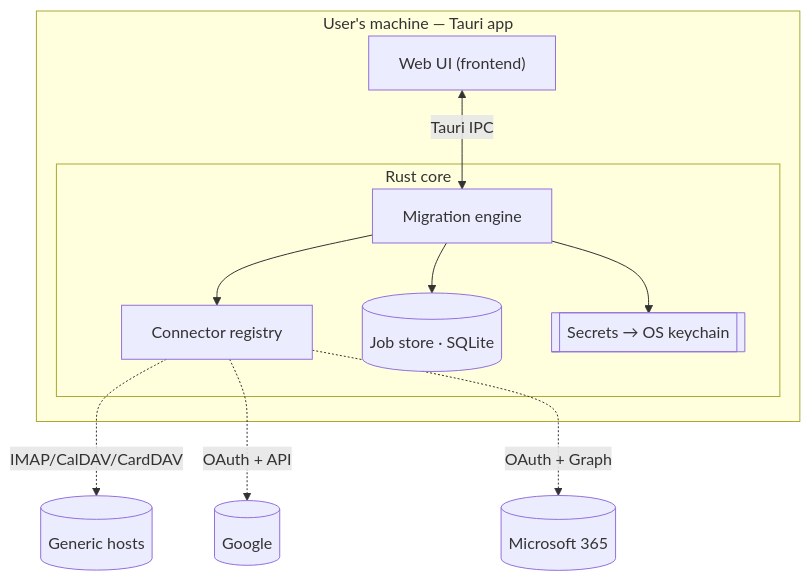
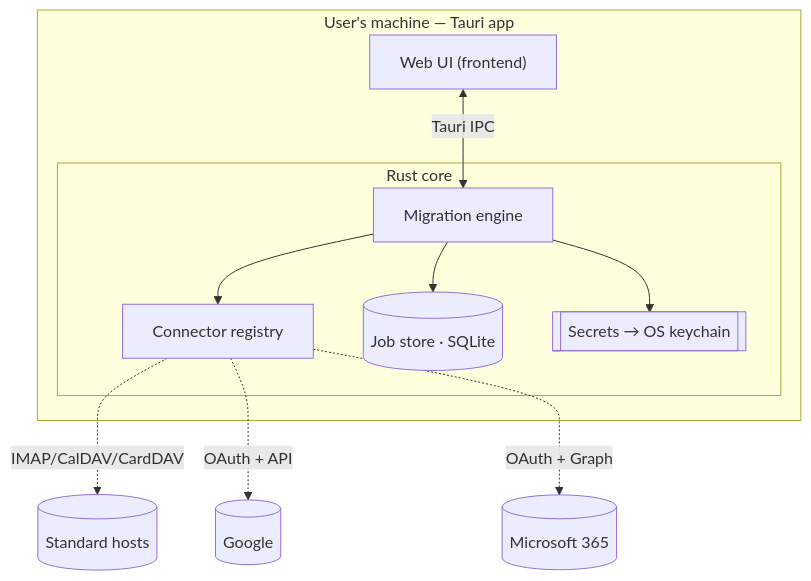
One commit to crswebb/godwit changed the third of 3 diagrams in docs/ARCHITECTURE.md. Above: the diagram before and after it, drawn with Mermaid. The commit also changed other lines of this file and 4 other files, not shown here.

````diff
--- a/docs/ARCHITECTURE.md
+++ b/docs/ARCHITECTURE.md
@@ -137,19 +136,19 @@
 ```mermaid
 graph TD
     subgraph Device["User's machine — Tauri app"]
         UI["Web UI (frontend)"]
         subgraph Core["Rust core"]
             ENG[Migration engine]
             CON[Connector registry]
             JOB[(Job store · SQLite)]
             SEC[[Secrets → OS keychain]]
         end
         UI <-->|Tauri IPC| ENG
         ENG --> CON
         ENG --> JOB
         ENG --> SEC
     end
-    CON -.IMAP/CalDAV/CardDAV.-> NET1[(Generic hosts)]
+    CON -.IMAP/CalDAV/CardDAV.-> NET1[(Standard hosts)]
     CON -.OAuth + API.-> NET2[(Google)]
     CON -.OAuth + Graph.-> NET3[(Microsoft 365)]
 ```
````
